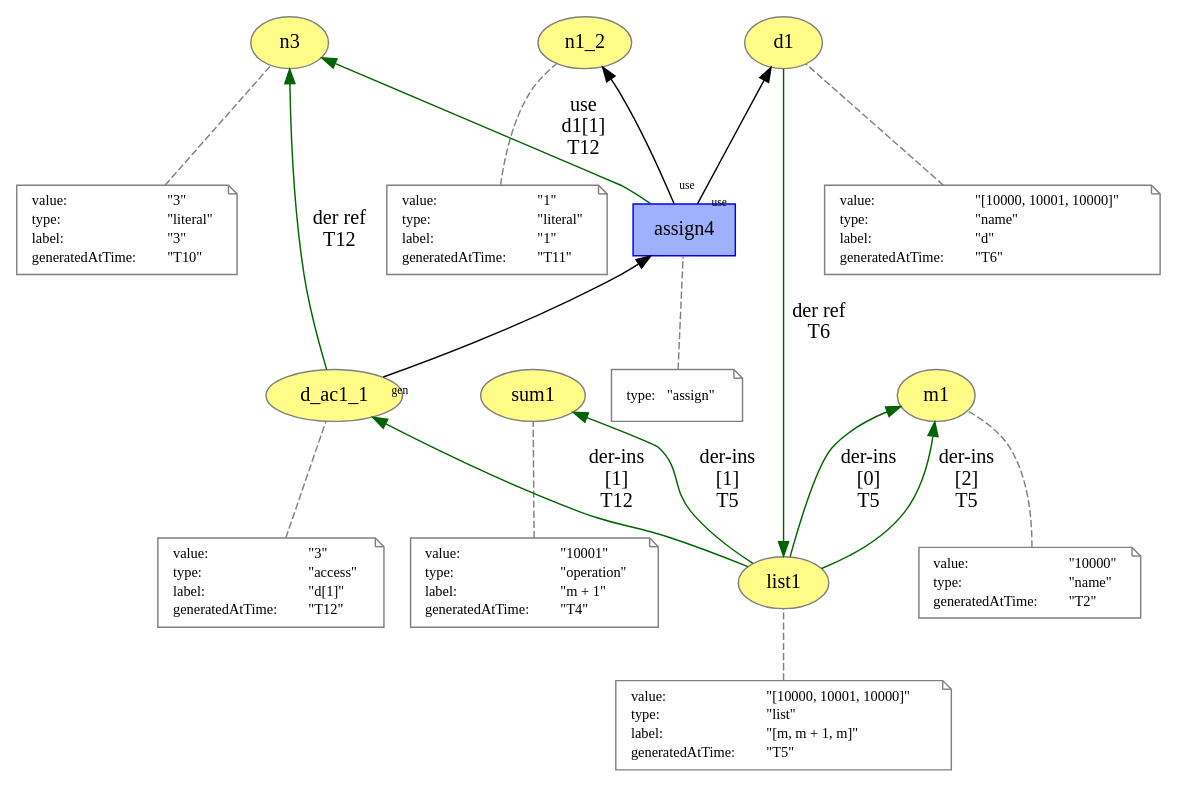
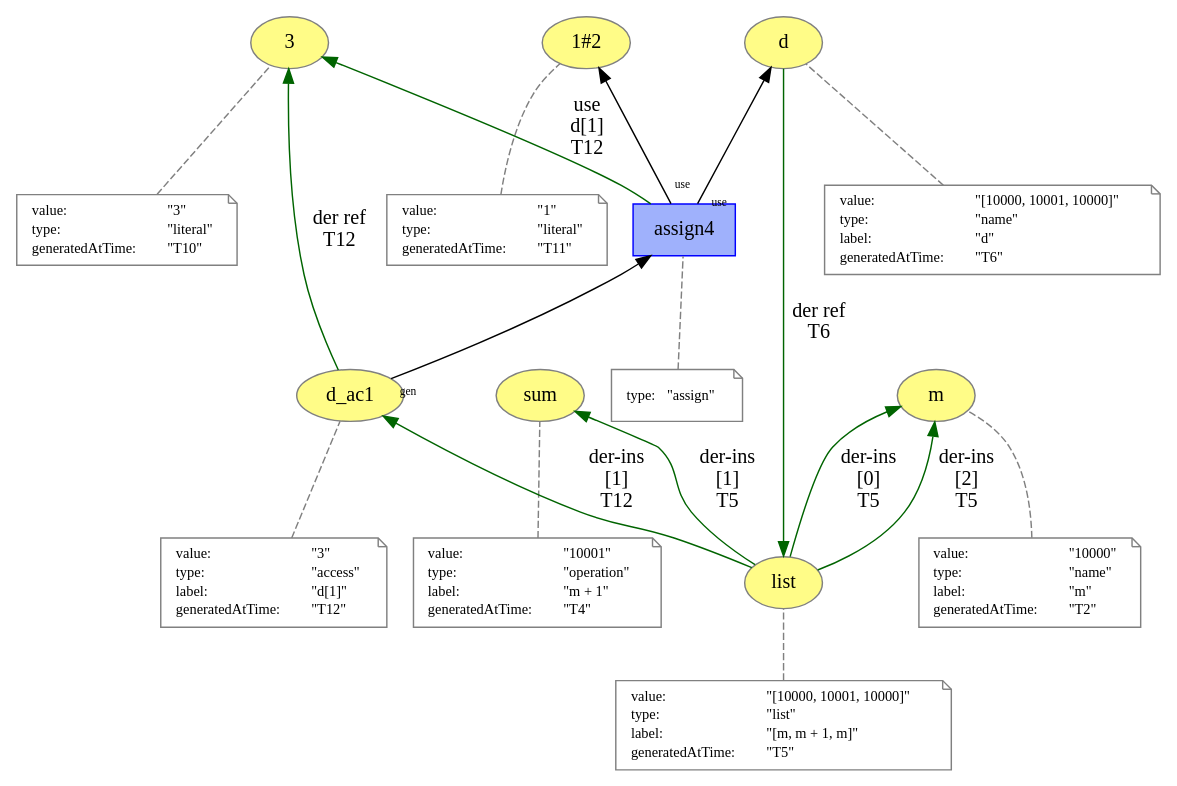
Before and after one commit to dew-uff/versioned-prov: the diagram in versioned_prov/part_assign.dot, drawn with Graphviz. The commit also changed 51 other files, not shown here.

```diff
--- a/versioned_prov/part_assign.dot
+++ b/versioned_prov/part_assign.dot
@@ -1,168 +1,164 @@
 digraph "PROV" { size="16,12"; rankdir="BT";
-"http://example.org/m1" [fillcolor="#FFFC87",color="#808080",style="filled",label="m1",URL="http://example.org/m1"]
+"http://example.org/m" [fillcolor="#FFFC87",color="#808080",style="filled",label="m",URL="http://example.org/m"]
 "-attrs0" [color="gray",shape="note",fontsize="10",fontcolor="black",label=<<TABLE cellpadding="0" border="0">
 	<TR>
 	    <TD align="left">value:</TD>
 	    <TD align="left">&quot;10000&quot;</TD>
 	</TR>
 	<TR>
 	    <TD align="left">type:</TD>
 	    <TD align="left">&quot;name&quot;</TD>
 	</TR>
 	<TR>
+	    <TD align="left">label:</TD>
+	    <TD align="left">&quot;m&quot;</TD>
+	</TR>
+	<TR>
 	    <TD align="left">generatedAtTime:</TD>
 	    <TD align="left">&quot;T2&quot;</TD>
 	</TR>
 </TABLE>>]
-"-attrs0" -> "http://example.org/m1" [color="gray",style="dashed",arrowhead="none"]
-"http://example.org/sum1" [fillcolor="#FFFC87",color="#808080",style="filled",label="sum1",URL="http://example.org/sum1"]
+"-attrs0" -> "http://example.org/m" [color="gray",style="dashed",arrowhead="none"]
+"http://example.org/sum" [fillcolor="#FFFC87",color="#808080",style="filled",label="sum",URL="http://example.org/sum"]
 "-attrs1" [color="gray",shape="note",fontsize="10",fontcolor="black",label=<<TABLE cellpadding="0" border="0">
 	<TR>
 	    <TD align="left">value:</TD>
 	    <TD align="left">&quot;10001&quot;</TD>
 	</TR>
 	<TR>
 	    <TD align="left">type:</TD>
 	    <TD align="left">&quot;operation&quot;</TD>
 	</TR>
 	<TR>
 	    <TD align="left">label:</TD>
 	    <TD align="left">&quot;m + 1&quot;</TD>
 	</TR>
 	<TR>
 	    <TD align="left">generatedAtTime:</TD>
 	    <TD align="left">&quot;T4&quot;</TD>
 	</TR>
 </TABLE>>]
-"-attrs1" -> "http://example.org/sum1" [color="gray",style="dashed",arrowhead="none"]
-"http://example.org/list1" [fillcolor="#FFFC87",color="#808080",style="filled",label="list1",URL="http://example.org/list1"]
+"-attrs1" -> "http://example.org/sum" [color="gray",style="dashed",arrowhead="none"]
+"http://example.org/list" [fillcolor="#FFFC87",color="#808080",style="filled",label="list",URL="http://example.org/list"]
 "-attrs2" [color="gray",shape="note",fontsize="10",fontcolor="black",label=<<TABLE cellpadding="0" border="0">
 	<TR>
 	    <TD align="left">value:</TD>
 	    <TD align="left">&quot;[10000, 10001, 10000]&quot;</TD>
 	</TR>
 	<TR>
 	    <TD align="left">type:</TD>
 	    <TD align="left">&quot;list&quot;</TD>
 	</TR>
 	<TR>
 	    <TD align="left">label:</TD>
 	    <TD align="left">&quot;[m, m + 1, m]&quot;</TD>
 	</TR>
 	<TR>
 	    <TD align="left">generatedAtTime:</TD>
 	    <TD align="left">&quot;T5&quot;</TD>
 	</TR>
 </TABLE>>]
-"-attrs2" -> "http://example.org/list1" [color="gray",style="dashed",arrowhead="none"]
-"http://example.org/list1" -> "http://example.org/m1" [labelfontsize="8",labeldistance="1.5",color="darkgreen",labelangle="60.0",rotation="20",label="der-ins
+"-attrs2" -> "http://example.org/list" [color="gray",style="dashed",arrowhead="none"]
+"http://example.org/list" -> "http://example.org/m" [labelfontsize="8",labeldistance="1.5",color="darkgreen",labelangle="60.0",rotation="20",label="der-ins
 [0]
 T5"]
-"http://example.org/list1" -> "http://example.org/sum1" [labelfontsize="8",labeldistance="1.5",color="darkgreen",labelangle="60.0",rotation="20",label="der-ins
+"http://example.org/list" -> "http://example.org/sum" [labelfontsize="8",labeldistance="1.5",color="darkgreen",labelangle="60.0",rotation="20",label="der-ins
 [1]
 T5"]
-"http://example.org/list1" -> "http://example.org/m1" [labelfontsize="8",labeldistance="1.5",color="darkgreen",labelangle="60.0",rotation="20",label="der-ins
+"http://example.org/list" -> "http://example.org/m" [labelfontsize="8",labeldistance="1.5",color="darkgreen",labelangle="60.0",rotation="20",label="der-ins
 [2]
 T5"]
-"http://example.org/d1" [fillcolor="#FFFC87",color="#808080",style="filled",label="d1",URL="http://example.org/d1"]
+"http://example.org/d" [fillcolor="#FFFC87",color="#808080",style="filled",label="d",URL="http://example.org/d"]
 "-attrs3" [color="gray",shape="note",fontsize="10",fontcolor="black",label=<<TABLE cellpadding="0" border="0">
 	<TR>
 	    <TD align="left">value:</TD>
 	    <TD align="left">&quot;[10000, 10001, 10000]&quot;</TD>
 	</TR>
 	<TR>
 	    <TD align="left">type:</TD>
 	    <TD align="left">&quot;name&quot;</TD>
 	</TR>
 	<TR>
 	    <TD align="left">label:</TD>
 	    <TD align="left">&quot;d&quot;</TD>
 	</TR>
 	<TR>
 	    <TD align="left">generatedAtTime:</TD>
 	    <TD align="left">&quot;T6&quot;</TD>
 	</TR>
 </TABLE>>]
-"-attrs3" -> "http://example.org/d1" [color="gray",style="dashed",arrowhead="none"]
-"http://example.org/d1" -> "http://example.org/list1" [labelfontsize="8",labeldistance="1.5",color="darkgreen",labelangle="60.0",rotation="20",label="der ref
+"-attrs3" -> "http://example.org/d" [color="gray",style="dashed",arrowhead="none"]
+"http://example.org/d" -> "http://example.org/list" [labelfontsize="8",labeldistance="1.5",color="darkgreen",labelangle="60.0",rotation="20",label="der ref
 T6"]
-"http://example.org/n3" [fillcolor="#FFFC87",color="#808080",style="filled",label="n3",URL="http://example.org/n3"]
+"http://example.org/3" [fillcolor="#FFFC87",color="#808080",style="filled",label="3",URL="http://example.org/3"]
 "-attrs4" [color="gray",shape="note",fontsize="10",fontcolor="black",label=<<TABLE cellpadding="0" border="0">
 	<TR>
 	    <TD align="left">value:</TD>
 	    <TD align="left">&quot;3&quot;</TD>
 	</TR>
 	<TR>
 	    <TD align="left">type:</TD>
 	    <TD align="left">&quot;literal&quot;</TD>
 	</TR>
 	<TR>
-	    <TD align="left">label:</TD>
-	    <TD align="left">&quot;3&quot;</TD>
-	</TR>
-	<TR>
 	    <TD align="left">generatedAtTime:</TD>
 	    <TD align="left">&quot;T10&quot;</TD>
 	</TR>
 </TABLE>>]
-"-attrs4" -> "http://example.org/n3" [color="gray",style="dashed",arrowhead="none"]
-"http://example.org/n1_2" [fillcolor="#FFFC87",color="#808080",style="filled",label="n1_2",URL="http://example.org/n1_2"]
+"-attrs4" -> "http://example.org/3" [color="gray",style="dashed",arrowhead="none"]
+"http://example.org/1#2" [fillcolor="#FFFC87",color="#808080",style="filled",label="1#2",URL="http://example.org/1#2"]
 "-attrs5" [color="gray",shape="note",fontsize="10",fontcolor="black",label=<<TABLE cellpadding="0" border="0">
 	<TR>
 	    <TD align="left">value:</TD>
 	    <TD align="left">&quot;1&quot;</TD>
 	</TR>
 	<TR>
 	    <TD align="left">type:</TD>
 	    <TD align="left">&quot;literal&quot;</TD>
 	</TR>
 	<TR>
-	    <TD align="left">label:</TD>
-	    <TD align="left">&quot;1&quot;</TD>
-	</TR>
-	<TR>
 	    <TD align="left">generatedAtTime:</TD>
 	    <TD align="left">&quot;T11&quot;</TD>
 	</TR>
 </TABLE>>]
-"-attrs5" -> "http://example.org/n1_2" [color="gray",style="dashed",arrowhead="none"]
-"http://example.org/d_ac1_1" [fillcolor="#FFFC87",color="#808080",style="filled",label="d_ac1_1",URL="http://example.org/d_ac1_1"]
+"-attrs5" -> "http://example.org/1#2" [color="gray",style="dashed",arrowhead="none"]
+"http://example.org/d_ac1" [fillcolor="#FFFC87",color="#808080",style="filled",label="d_ac1",URL="http://example.org/d_ac1"]
 "-attrs6" [color="gray",shape="note",fontsize="10",fontcolor="black",label=<<TABLE cellpadding="0" border="0">
 	<TR>
 	    <TD align="left">value:</TD>
 	    <TD align="left">&quot;3&quot;</TD>
 	</TR>
 	<TR>
 	    <TD align="left">type:</TD>
 	    <TD align="left">&quot;access&quot;</TD>
 	</TR>
 	<TR>
 	    <TD align="left">label:</TD>
 	    <TD align="left">&quot;d[1]&quot;</TD>
 	</TR>
 	<TR>
 	    <TD align="left">generatedAtTime:</TD>
 	    <TD align="left">&quot;T12&quot;</TD>
 	</TR>
 </TABLE>>]
-"-attrs6" -> "http://example.org/d_ac1_1" [color="gray",style="dashed",arrowhead="none"]
-"http://example.org/list1" -> "http://example.org/d_ac1_1" [labelfontsize="8",labeldistance="1.5",color="darkgreen",labelangle="60.0",rotation="20",label="der-ins
+"-attrs6" -> "http://example.org/d_ac1" [color="gray",style="dashed",arrowhead="none"]
+"http://example.org/list" -> "http://example.org/d_ac1" [labelfontsize="8",labeldistance="1.5",color="darkgreen",labelangle="60.0",rotation="20",label="der-ins
 [1]
 T12"]
 "http://example.org/assign4" [fillcolor="#9FB1FC",color="#0000FF",shape="polygon",sides="4",style="filled",label="assign4",URL="http://example.org/assign4"]
 "-attrs7" [color="gray",shape="note",fontsize="10",fontcolor="black",label=<<TABLE cellpadding="0" border="0">
 	<TR>
 	    <TD align="left">type:</TD>
 	    <TD align="left">&quot;assign&quot;</TD>
 	</TR>
 </TABLE>>]
 "-attrs7" -> "http://example.org/assign4" [color="gray",style="dashed",arrowhead="none"]
-"http://example.org/assign4" -> "http://example.org/d1" [labelfontsize="8",labeldistance="1.5",labelangle="60.0",rotation="20",taillabel="use"]
-"http://example.org/assign4" -> "http://example.org/n1_2" [labelfontsize="8",labeldistance="1.5",labelangle="60.0",rotation="20",taillabel="use"]
-"http://example.org/assign4" -> "http://example.org/n3" [labelfontsize="8",labeldistance="1.5",color="darkgreen",labelangle="60.0",rotation="20",label="use
-d1[1]
+"http://example.org/assign4" -> "http://example.org/d" [labelfontsize="8",labeldistance="1.5",labelangle="60.0",rotation="20",taillabel="use"]
+"http://example.org/assign4" -> "http://example.org/1#2" [labelfontsize="8",labeldistance="1.5",labelangle="60.0",rotation="20",taillabel="use"]
+"http://example.org/assign4" -> "http://example.org/3" [labelfontsize="8",labeldistance="1.5",color="darkgreen",labelangle="60.0",rotation="20",label="use
+d[1]
 T12"]
-"http://example.org/d_ac1_1" -> "http://example.org/assign4" [labelfontsize="8",labeldistance="1.5",labelangle="60.0",rotation="20",taillabel="gen"]
-"http://example.org/d_ac1_1" -> "http://example.org/n3" [labelfontsize="8",labeldistance="1.5",color="darkgreen",labelangle="60.0",rotation="20",label="der ref
+"http://example.org/d_ac1" -> "http://example.org/assign4" [labelfontsize="8",labeldistance="1.5",labelangle="60.0",rotation="20",taillabel="gen"]
+"http://example.org/d_ac1" -> "http://example.org/3" [labelfontsize="8",labeldistance="1.5",color="darkgreen",labelangle="60.0",rotation="20",label="der ref
 T12"]
 }
```
